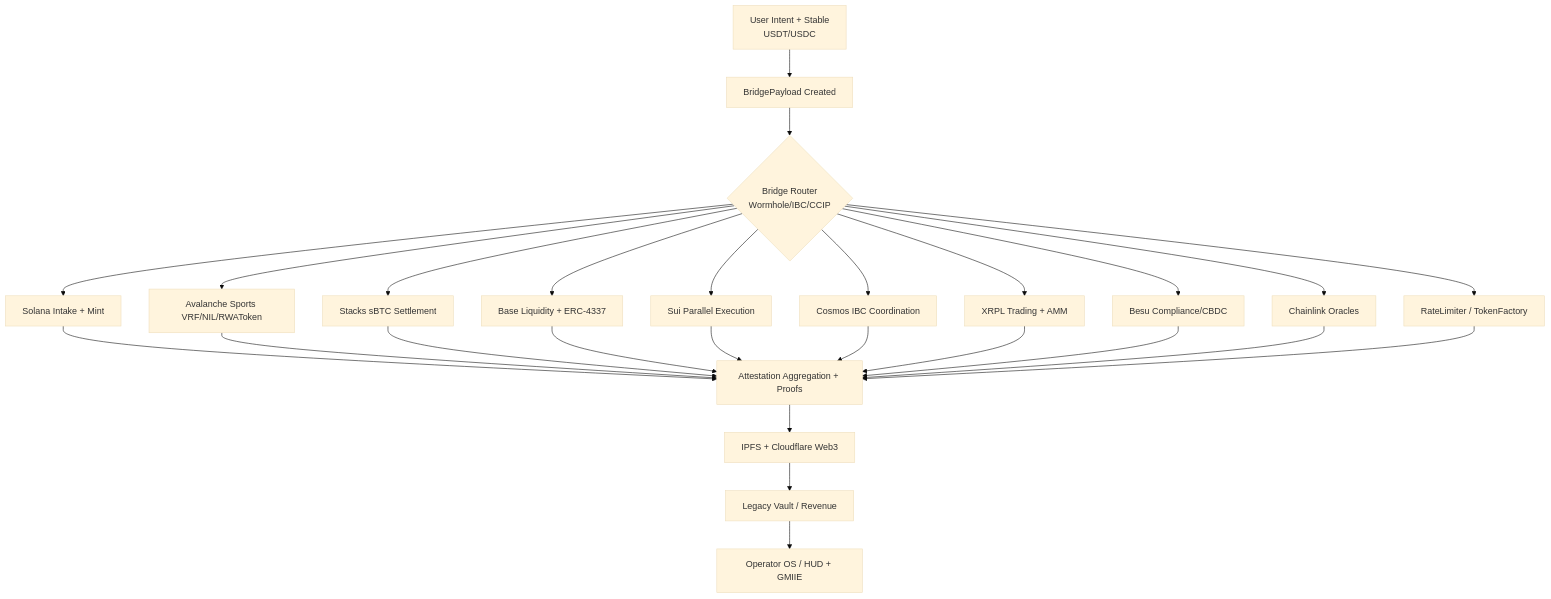
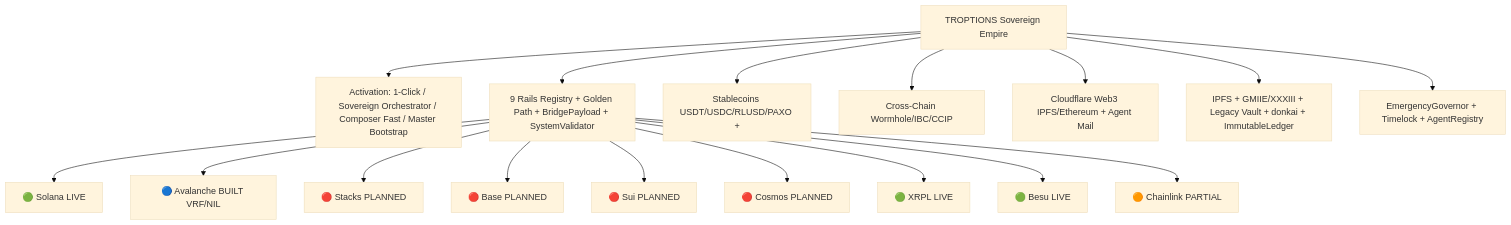
Before and after one commit to FTHTrading/troptions-rails: the first of 6 diagrams in README.md, drawn with Mermaid (base theme). The commit also changed other lines of this file, not shown here.

Commit message:
docs: update root README with 33 contracts status, master bootstrapper, links to SYSTEM_CONNECTIONS.md and updated investor site. Ensure professional presentation for investors.

````diff
--- a/README.md
+++ b/README.md
@@ -122,19 +126,20 @@
 ```mermaid
 flowchart TD
-    A[User Intent + Stable<br/>USDT/USDC] --> B[BridgePayload Created]
-    B --> C{Bridge Router<br/>Wormhole/IBC/CCIP}
-    C --> D[Solana Intake + Mint]
-    C --> E[Avalanche Sports VRF/NIL/RWAToken]
-    C --> F[Stacks sBTC Settlement]
-    C --> G[Base Liquidity + ERC-4337]
-    C --> H[Sui Parallel Execution]
-    C --> I[Cosmos IBC Coordination]
-    C --> J[XRPL Trading + AMM]
-    C --> K[Besu Compliance/CBDC]
-    C --> L[Chainlink Oracles]
-    C --> M[RateLimiter / TokenFactory]
-    D & E & F & G & H & I & J & K & L & M --> N[Attestation Aggregation + Proofs]
-    N --> O[IPFS + Cloudflare Web3]
-    O --> P[Legacy Vault / Revenue]
-    P --> Q[Operator OS / HUD + GMIIE]
+    Root[TROPTIONS Sovereign Empire]
+    Root --> Activation[Activation: 1-Click / Sovereign Orchestrator / Composer Fast / Master Bootstrap]
+    Root --> Rails[9 Rails Registry + Golden Path + BridgePayload + SystemValidator]
+    Rails --> R1[🟢 Solana LIVE]
+    Rails --> R2[🔵 Avalanche BUILT VRF/NIL]
+    Rails --> R3[🔴 Stacks PLANNED]
+    Rails --> R4[🔴 Base PLANNED]
+    Rails --> R5[🔴 Sui PLANNED]
+    Rails --> R6[🔴 Cosmos PLANNED]
+    Rails --> R7[🟢 XRPL LIVE]
+    Rails --> R8[🟢 Besu LIVE]
+    Rails --> R9[🟠 Chainlink PARTIAL]
+    Root --> Stables[Stablecoins USDT/USDC/RLUSD/PAXO +]
+    Root --> Cross[Cross-Chain Wormhole/IBC/CCIP]
+    Root --> Web3[Cloudflare Web3 IPFS/Ethereum + Agent Mail]
+    Root --> Proof[IPFS + GMIIE/XXXIII + Legacy Vault + donkai + ImmutableLedger]
+    Root --> Governance[EmergencyGovernor + Timelock + AgentRegistry]
 ```
````
